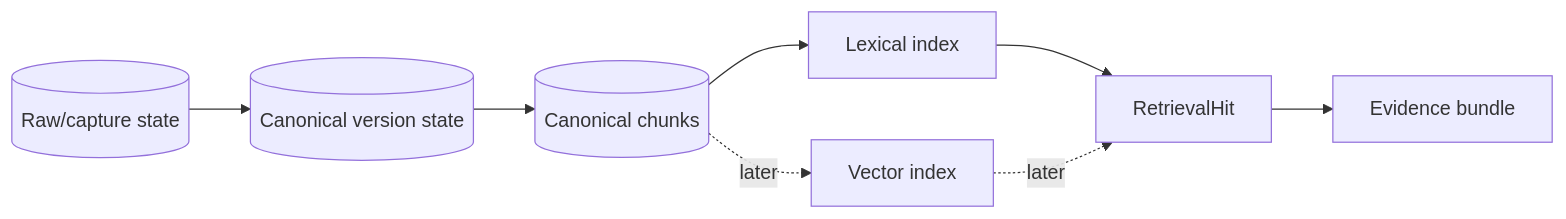
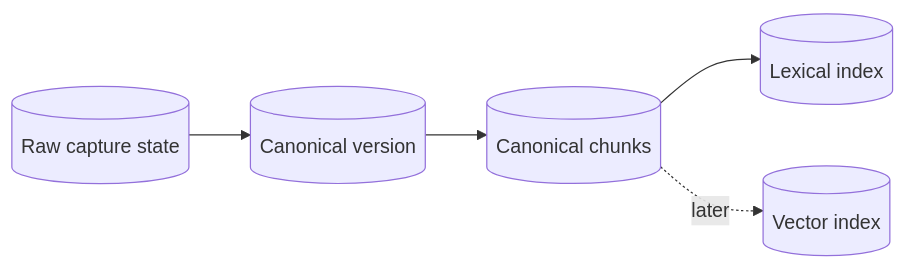
One commit to kumarchandansingh/tropos changed the third of 3 diagrams in docs/architecture/KNOWLEDGE_MODEL.md. Above: the diagram before and after it, drawn with Mermaid. The commit also changed other lines of this file and 13 other files, not shown here.

````diff
--- a/docs/architecture/KNOWLEDGE_MODEL.md
+++ b/docs/architecture/KNOWLEDGE_MODEL.md
@@ -237,11 +179,8 @@
 ```mermaid
 flowchart LR
-    Raw[(Raw/capture state)]
-    --> Version[(Canonical version state)]
+    Raw[(Raw capture state)]
+    --> Version[(Canonical version)]
     --> Chunk[(Canonical chunks)]
-    Chunk --> Lex[Lexical index]
-    Chunk -. later .-> Vec[Vector index]
-    Lex --> Hit[RetrievalHit]
-    Vec -. later .-> Hit
-    Hit --> Evidence[Evidence bundle]
+    Chunk --> Lex[(Lexical index)]
+    Chunk -. later .-> Vec[(Vector index)]
 ```
````
